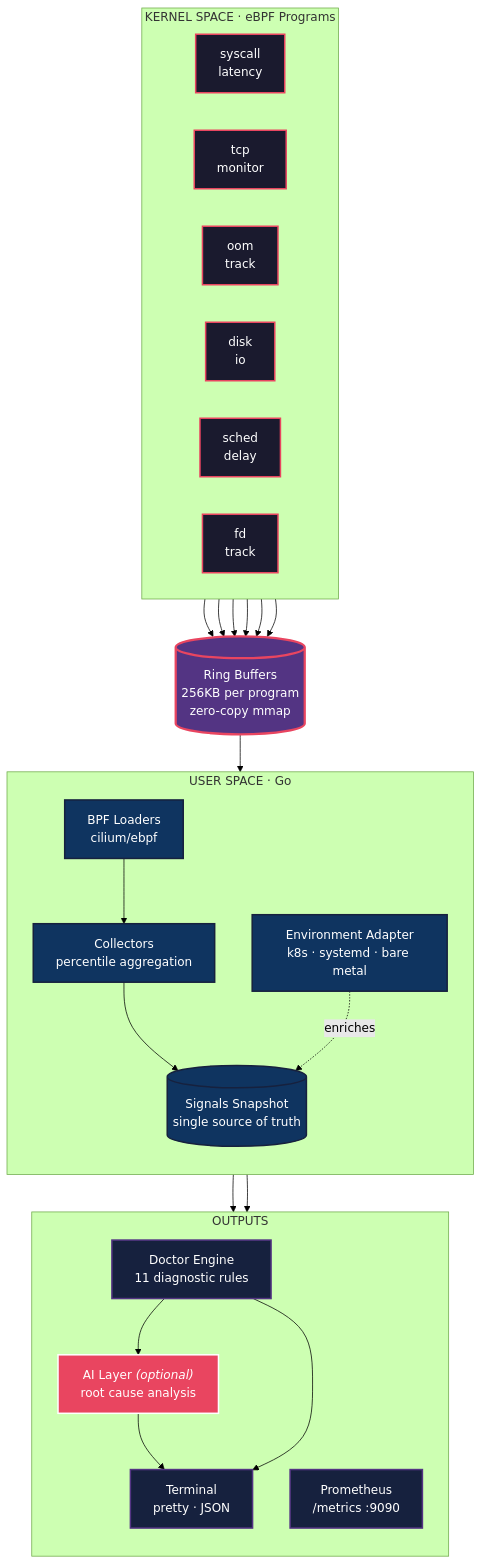
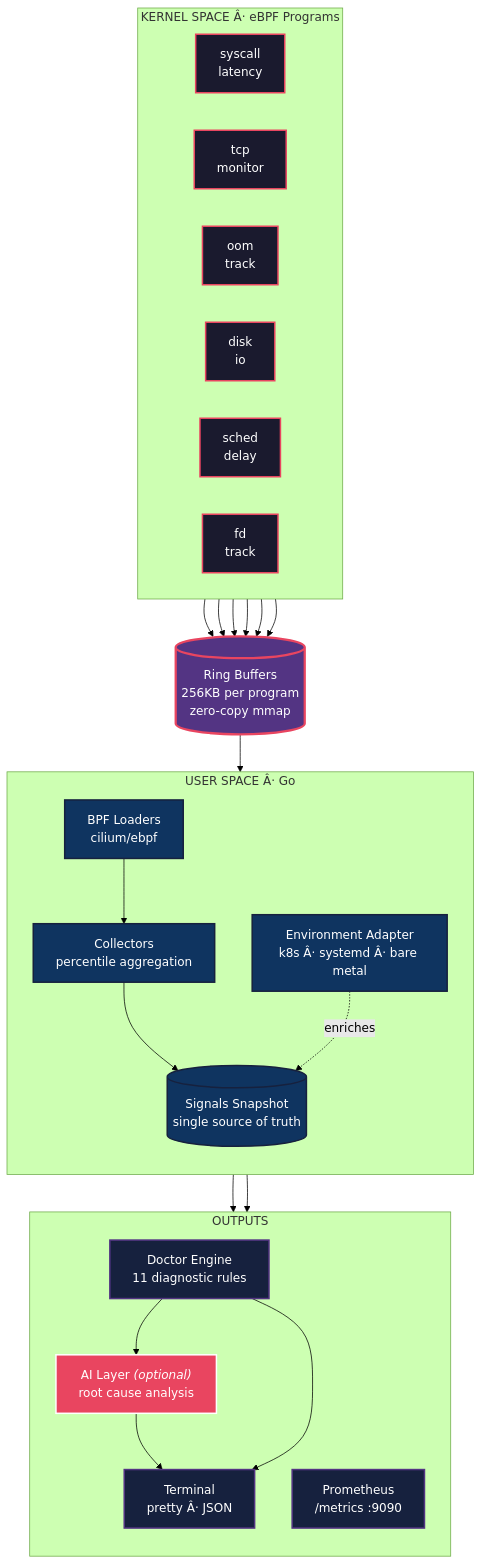
Before and after one commit to lowplane/kerno: the third of 4 diagrams in README.md, drawn with Mermaid (forest theme). The commit also changed other lines of this file and 3 other files, not shown here.

````diff
--- a/README.md
+++ b/README.md
@@ -317,53 +318,53 @@
 ```mermaid
 flowchart TB
-    subgraph Kernel["KERNEL SPACE · eBPF Programs"]
+    subgraph Kernel["KERNEL SPACE Â· eBPF Programs"]
         direction LR
         P1["syscall<br/>latency"]
         P2["tcp<br/>monitor"]
         P3["oom<br/>track"]
         P4["disk<br/>io"]
         P5["sched<br/>delay"]
         P6["fd<br/>track"]
     end
 
     RB[("Ring Buffers<br/>256KB per program<br/>zero-copy mmap")]
 
-    subgraph UserSpace["USER SPACE · Go"]
+    subgraph UserSpace["USER SPACE Â· Go"]
         direction TB
         Loader["BPF Loaders<br/>cilium/ebpf"]
         Collector["Collectors<br/>percentile aggregation"]
         Signals[("Signals Snapshot<br/>single source of truth")]
-        Adapter["Environment Adapter<br/>k8s · systemd · bare metal"]
+        Adapter["Environment Adapter<br/>k8s Â· systemd Â· bare metal"]
     end
 
     subgraph Outputs["OUTPUTS"]
         direction TB
         Doctor["Doctor Engine<br/>11 diagnostic rules"]
         AI["AI Layer <i>(optional)</i><br/>root cause analysis"]
         Prom["Prometheus<br/>/metrics :9090"]
-        CLI["Terminal<br/>pretty · JSON"]
+        CLI["Terminal<br/>pretty Â· JSON"]
     end
 
     P1 & P2 & P3 & P4 & P5 & P6 --> RB
     RB --> Loader
     Loader --> Collector
     Collector --> Signals
     Adapter -.enriches.-> Signals
     Signals --> Doctor
     Signals --> Prom
     Doctor --> AI
     AI --> CLI
     Doctor --> CLI
 
     classDef kernel fill:#1a1a2e,stroke:#e94560,color:#fff,stroke-width:2px
     classDef user fill:#0f3460,stroke:#16213e,color:#fff,stroke-width:2px
     classDef output fill:#16213e,stroke:#533483,color:#fff,stroke-width:2px
     classDef buffer fill:#533483,stroke:#e94560,color:#fff,stroke-width:3px
     classDef ai fill:#e94560,stroke:#fff,color:#fff,stroke-width:2px
 
     class P1,P2,P3,P4,P5,P6 kernel
     class Loader,Collector,Signals,Adapter user
     class Doctor,Prom,CLI output
     class RB buffer
     class AI ai
 ```
````
